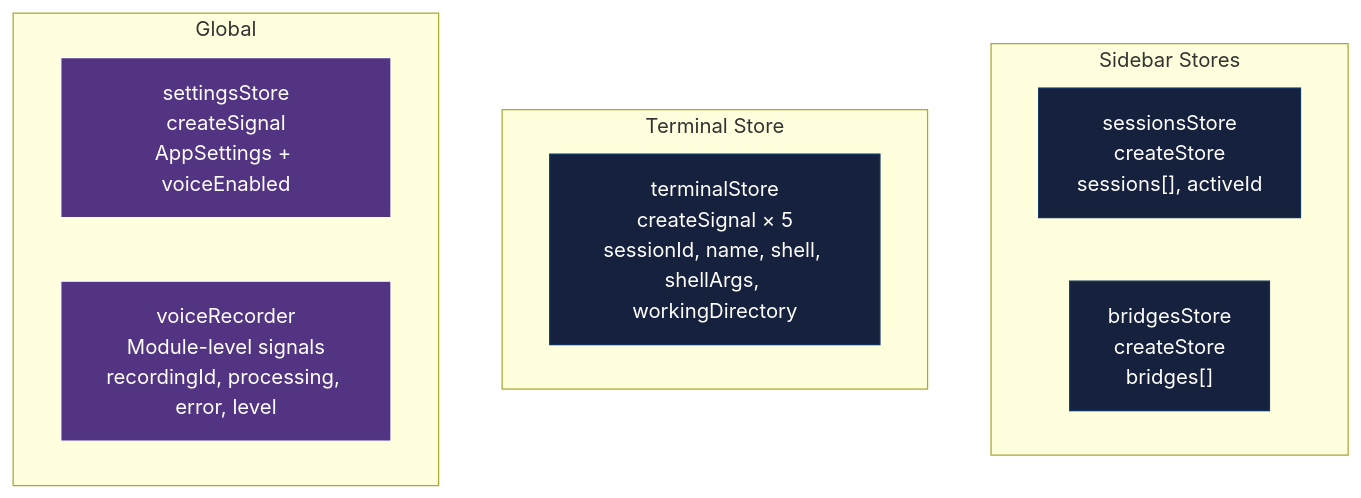
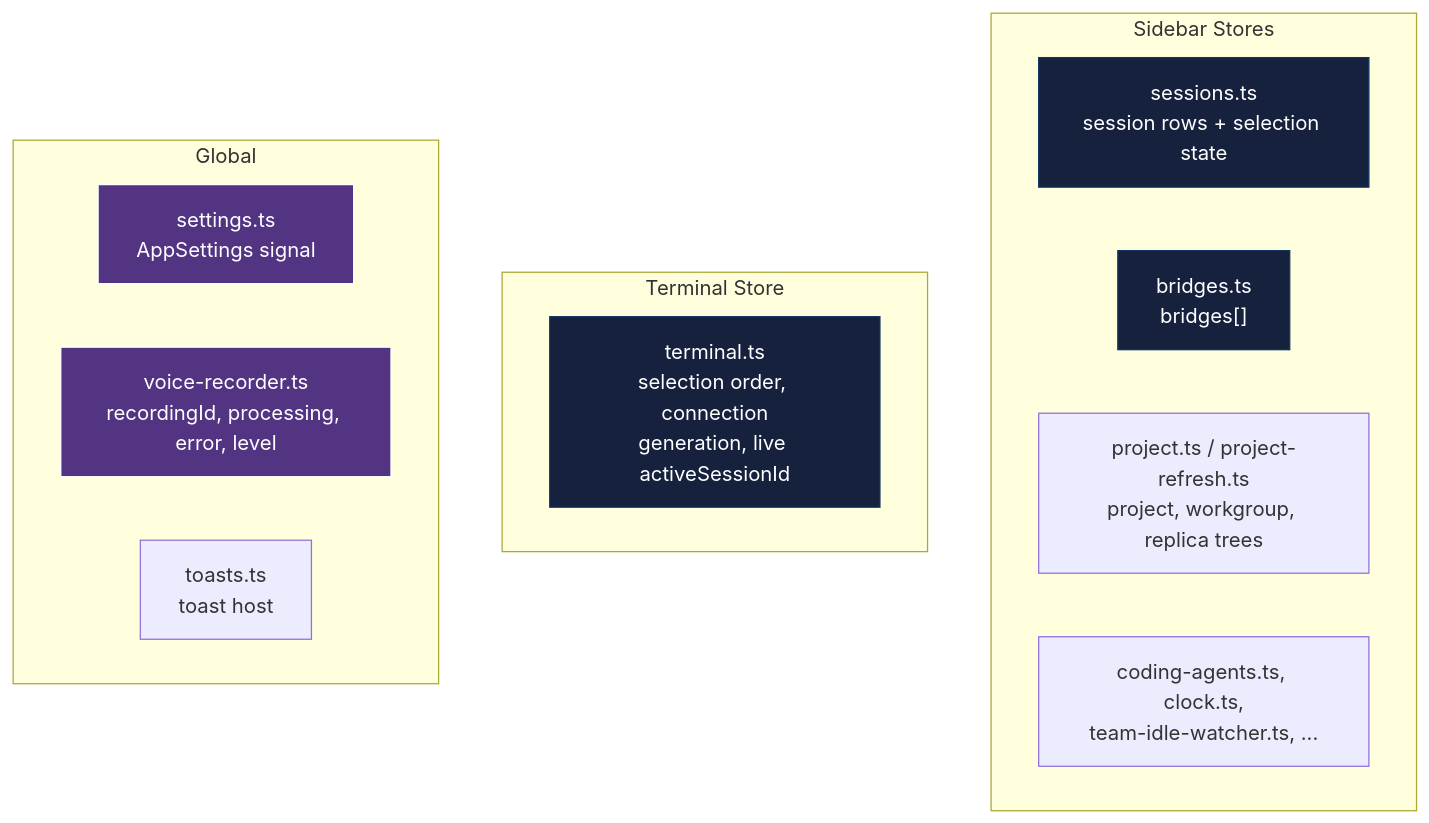
Diagram 12 of 14 in docs/reference/architecture.md (mblua/AgentsCommander), drawn with Mermaid before and after one commit. The commit also changed other lines of this file, not shown here.

First line of the commit message:
docs(1320): rewrite architecture map against current 0.20.x codebase

````diff
--- a/docs/reference/architecture.md
+++ b/docs/reference/architecture.md
@@ -569,22 +610,25 @@
 ```mermaid
 graph TD
     subgraph "Sidebar Stores"
-        SS["sessionsStore<br/>createStore<br/>sessions[], activeId"]
-        BS["bridgesStore<br/>createStore<br/>bridges[]"]
+        SS["sessions.ts<br/>session rows + selection state"]
+        BS["bridges.ts<br/>bridges[]"]
+        PS["project.ts / project-refresh.ts<br/>project, workgroup, replica trees"]
+        CS["coding-agents.ts, clock.ts,<br/>team-idle-watcher.ts, ..."]
     end
 
     subgraph "Terminal Store"
-        TS["terminalStore<br/>createSignal × 5<br/>sessionId, name, shell, shellArgs, workingDirectory"]
+        TS["terminal.ts<br/>selection order, connection<br/>generation, live activeSessionId"]
     end
 
     subgraph "Global"
-        GS["settingsStore<br/>createSignal<br/>AppSettings + voiceEnabled"]
-        VR["voiceRecorder<br/>Module-level signals<br/>recordingId, processing, error, level"]
+        GS["settings.ts<br/>AppSettings signal"]
+        VR["voice-recorder.ts<br/>recordingId, processing, error, level"]
+        TST["toasts.ts<br/>toast host"]
     end
 
     style SS fill:#16213e,stroke:#0f3460,color:#fff
     style BS fill:#16213e,stroke:#0f3460,color:#fff
     style TS fill:#16213e,stroke:#0f3460,color:#fff
     style GS fill:#533483,stroke:#fff,color:#fff
     style VR fill:#533483,stroke:#fff,color:#fff
 ```
````
